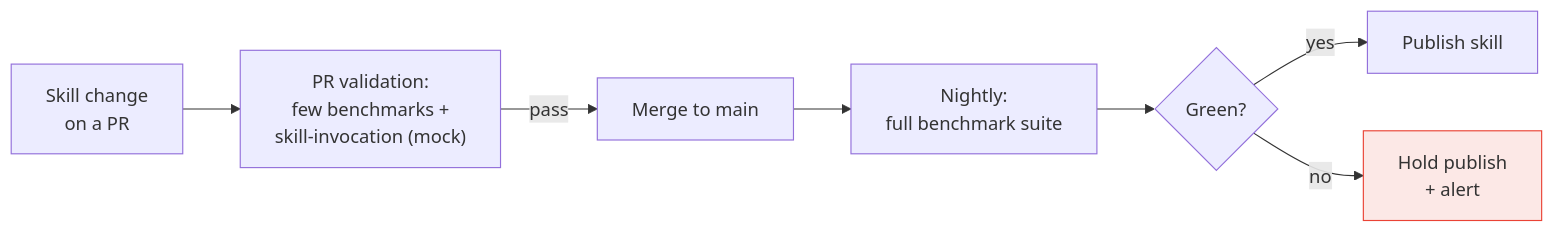
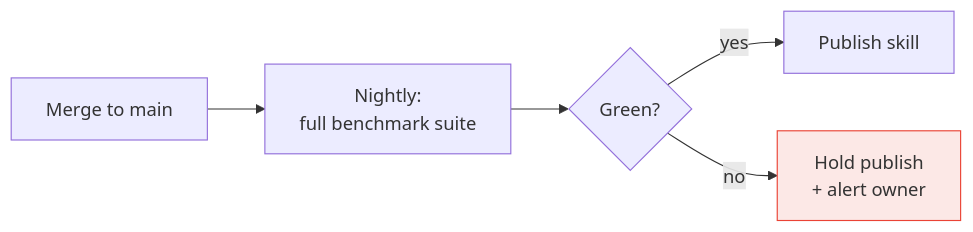
The third of 4 diagrams in tools/azsdk-cli/docs/specs/8-operations-agent-eval-strategy.spec.md (Azure/azure-sdk-tools), drawn with Mermaid before and after one commit. The commit also changed other lines of this file, not shown here.

Commit message:
docs: revise CI to per-skill ci.yml pipelines per review

````diff
--- a/tools/azsdk-cli/docs/specs/8-operations-agent-eval-strategy.spec.md
+++ b/tools/azsdk-cli/docs/specs/8-operations-agent-eval-strategy.spec.md
@@ -619,11 +562,9 @@
 ```mermaid
 flowchart LR
-    PR["Skill change<br/>on a PR"] --> V["PR validation:<br/>few benchmarks +<br/>skill-invocation (mock)"]
-    V -- pass --> M[Merge to main]
-    M --> N["Nightly:<br/>full benchmark suite"]
+    M[Merge to main] --> N["Nightly:<br/>full benchmark suite"]
     N --> G{Green?}
     G -- yes --> P[Publish skill]
-    G -- no --> H["Hold publish<br/>+ alert"]
+    G -- no --> H["Hold publish<br/>+ alert owner"]
     classDef stop fill:#fce8e6,stroke:#ea4335;
     class H stop;
 ```
````
